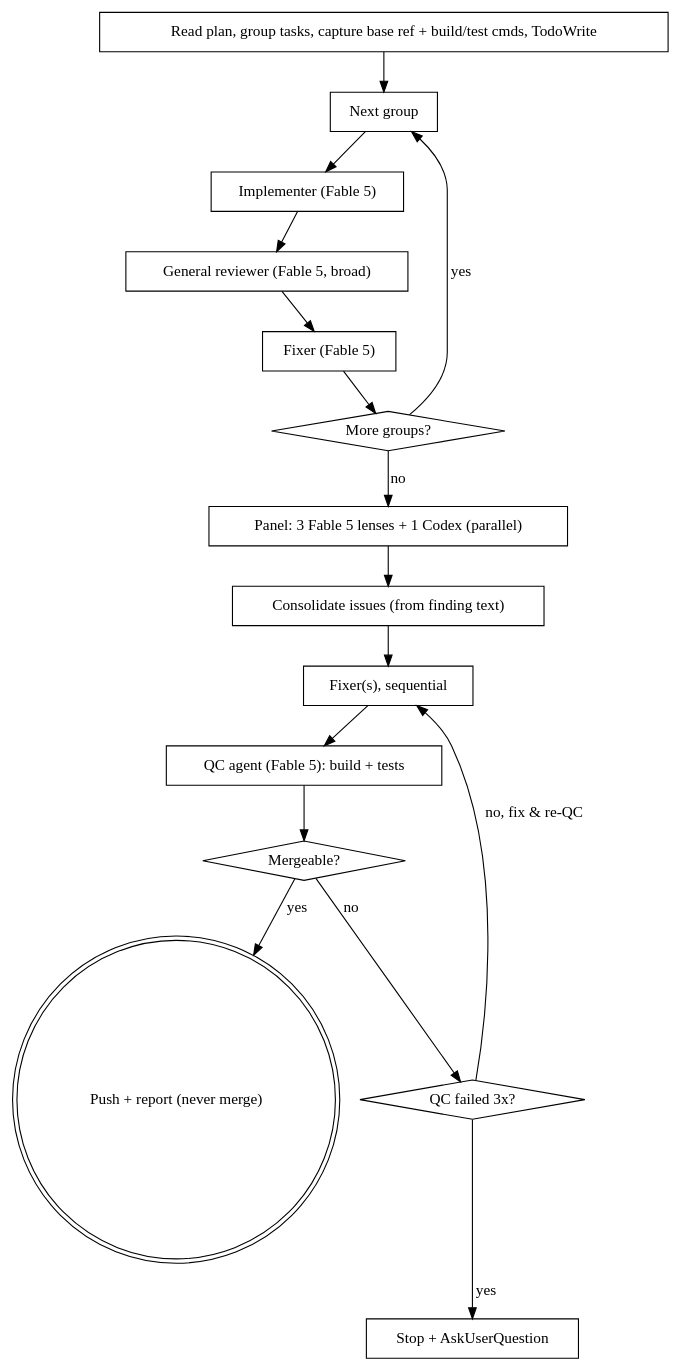
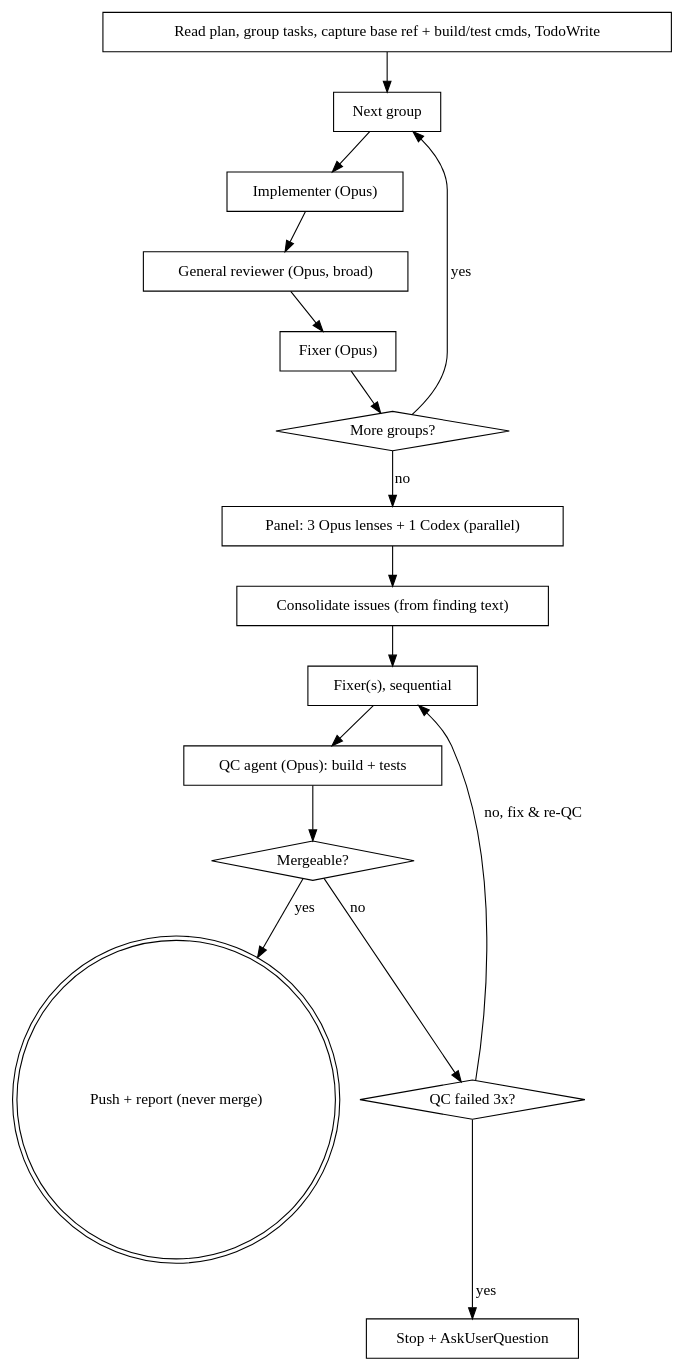
The diagram in skills/maestro/SKILL.md (PythonShe/Repertoire), drawn with Graphviz before and after one commit. The commit also changed other lines of this file and 38 other files, not shown here.

First line of the commit message:
feat: retune every subagent seat to Opus at xhigh — Fable 5 suspended by export order

````diff
--- a/skills/maestro/SKILL.md
+++ b/skills/maestro/SKILL.md
@@ -52,29 +52,29 @@
 ```dot
 digraph maestro {
     rankdir=TB;
     "Read plan, group tasks, capture base ref + build/test cmds, TodoWrite" [shape=box];
     "Next group" [shape=box];
-    "Implementer (Fable 5)" [shape=box];
-    "General reviewer (Fable 5, broad)" [shape=box];
-    "Fixer (Fable 5)" [shape=box];
+    "Implementer (Opus)" [shape=box];
+    "General reviewer (Opus, broad)" [shape=box];
+    "Fixer (Opus)" [shape=box];
     "More groups?" [shape=diamond];
-    "Panel: 3 Fable 5 lenses + 1 Codex (parallel)" [shape=box];
+    "Panel: 3 Opus lenses + 1 Codex (parallel)" [shape=box];
     "Consolidate issues (from finding text)" [shape=box];
     "Fixer(s), sequential" [shape=box];
-    "QC agent (Fable 5): build + tests" [shape=box];
+    "QC agent (Opus): build + tests" [shape=box];
     "Mergeable?" [shape=diamond];
     "QC failed 3x?" [shape=diamond];
     "Push + report (never merge)" [shape=doublecircle];
     "Stop + AskUserQuestion" [shape=box];
 
     "Read plan, group tasks, capture base ref + build/test cmds, TodoWrite" -> "Next group";
-    "Next group" -> "Implementer (Fable 5)" -> "General reviewer (Fable 5, broad)" -> "Fixer (Fable 5)" -> "More groups?";
+    "Next group" -> "Implementer (Opus)" -> "General reviewer (Opus, broad)" -> "Fixer (Opus)" -> "More groups?";
     "More groups?" -> "Next group" [label="yes"];
-    "More groups?" -> "Panel: 3 Fable 5 lenses + 1 Codex (parallel)" [label="no"];
-    "Panel: 3 Fable 5 lenses + 1 Codex (parallel)" -> "Consolidate issues (from finding text)" -> "Fixer(s), sequential" -> "QC agent (Fable 5): build + tests" -> "Mergeable?";
+    "More groups?" -> "Panel: 3 Opus lenses + 1 Codex (parallel)" [label="no"];
+    "Panel: 3 Opus lenses + 1 Codex (parallel)" -> "Consolidate issues (from finding text)" -> "Fixer(s), sequential" -> "QC agent (Opus): build + tests" -> "Mergeable?";
     "Mergeable?" -> "Push + report (never merge)" [label="yes"];
     "Mergeable?" -> "QC failed 3x?" [label="no"];
     "QC failed 3x?" -> "Stop + AskUserQuestion" [label="yes"];
     "QC failed 3x?" -> "Fixer(s), sequential" [label="no, fix & re-QC"];
 }
 ```
````
